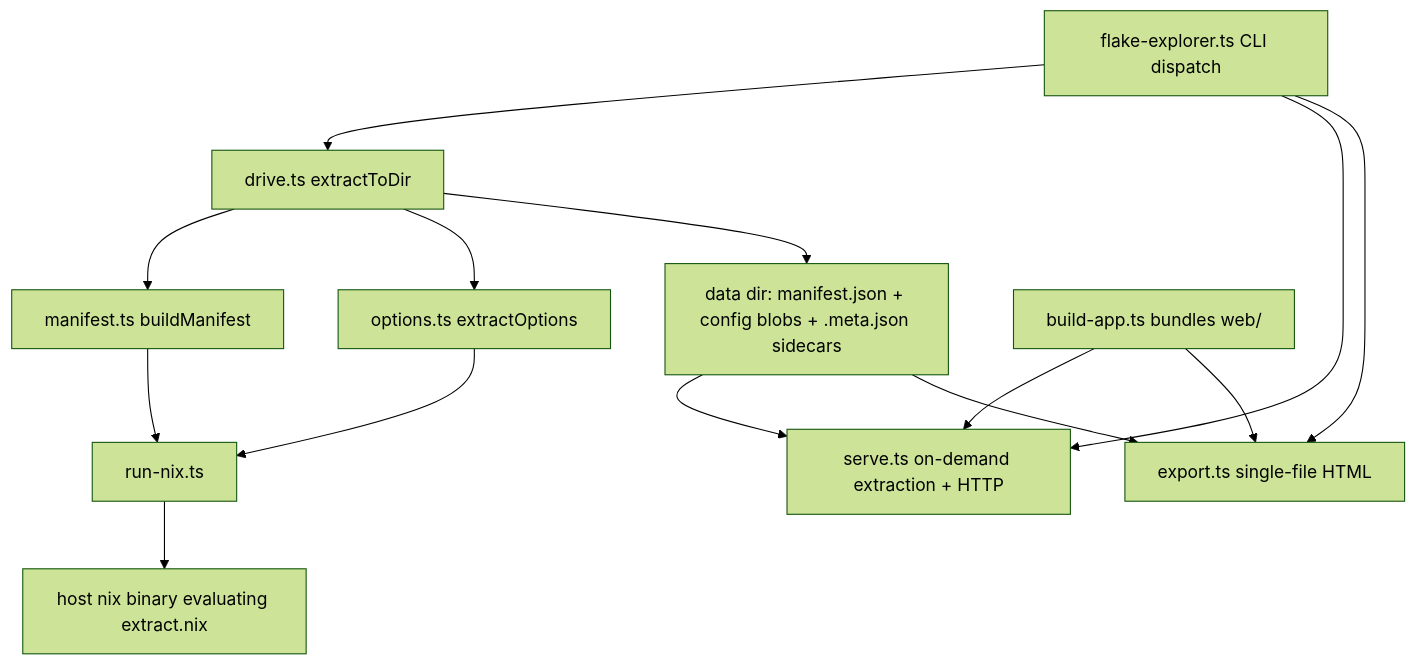
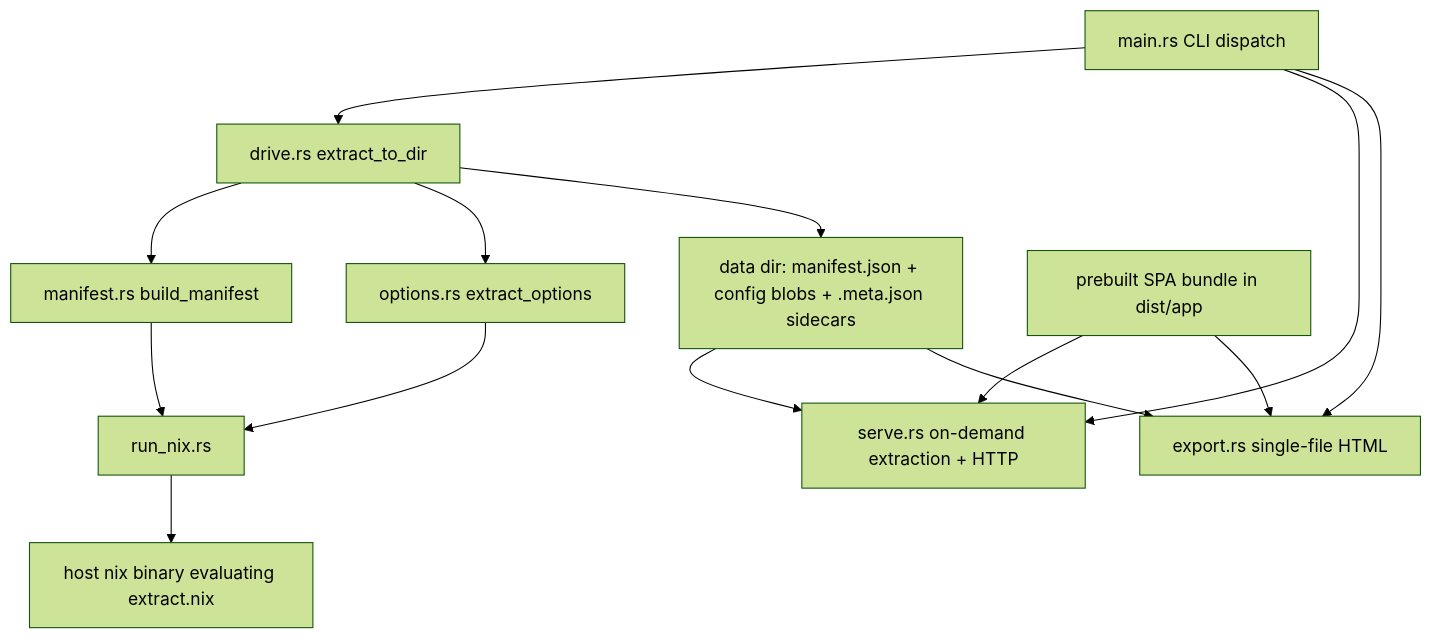
Before and after one commit to kriswill/flake-explorer: the diagram in docs/architecture.md, drawn with Mermaid (forest theme). The commit also changed other lines of this file and 10 other files, not shown here.

````diff
--- a/docs/architecture.md
+++ b/docs/architecture.md
@@ -20,16 +25,16 @@
 ```mermaid
 flowchart TD
-  cli["flake-explorer.ts CLI dispatch"] --> drive["drive.ts extractToDir"]
-  drive --> manifest["manifest.ts buildManifest"]
-  drive --> options["options.ts extractOptions"]
-  manifest --> runnix["run-nix.ts"]
+  cli["main.rs CLI dispatch"] --> drive["drive.rs extract_to_dir"]
+  drive --> manifest["manifest.rs build_manifest"]
+  drive --> options["options.rs extract_options"]
+  manifest --> runnix["run_nix.rs"]
   options --> runnix
   runnix --> nix["host nix binary evaluating extract.nix"]
   drive --> data["data dir: manifest.json + config blobs + .meta.json sidecars"]
-  cli --> serve["serve.ts on-demand extraction + HTTP"]
-  cli --> export["export.ts single-file HTML"]
+  cli --> serve["serve.rs on-demand extraction + HTTP"]
+  cli --> export["export.rs single-file HTML"]
   data --> serve
   data --> export
-  app["build-app.ts bundles web/"] --> serve
+  app["prebuilt SPA bundle in dist/app"] --> serve
   app --> export
 ```
````
